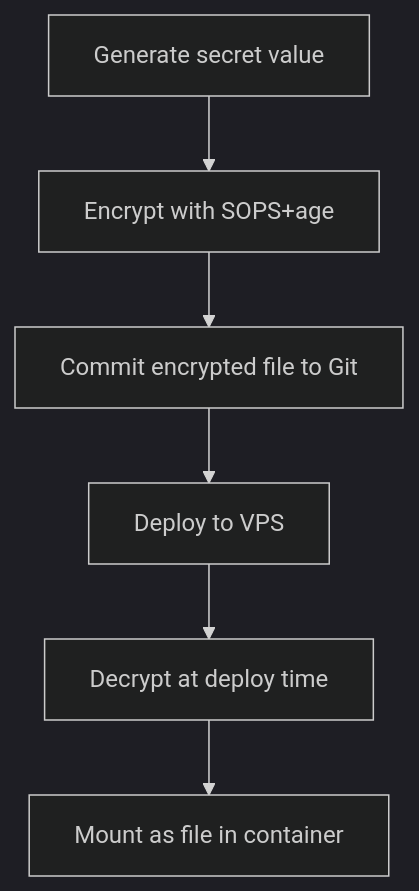
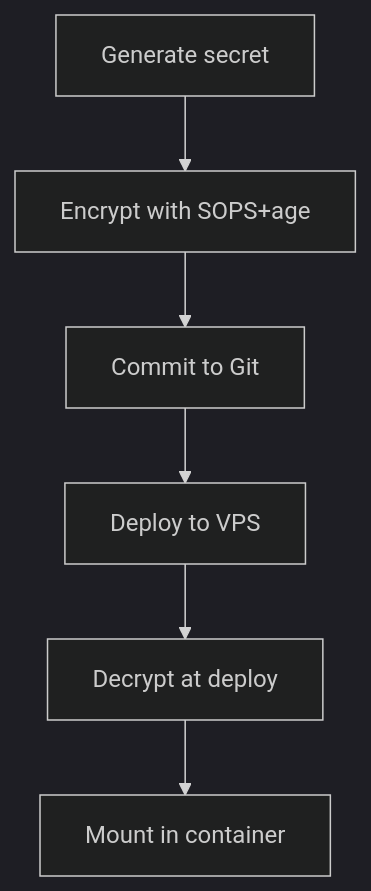
One commit to peermesh/docker-lab-docs changed the third of 3 diagrams in docs/security.md. Above: the diagram before and after it, drawn with Mermaid (dark theme). The commit also changed other lines of this file and 13 other files, not shown here.

First line of the commit message:
fix: improve diagram legibility and icon rendering

````diff
--- a/docs/security.md
+++ b/docs/security.md
@@ -472,15 +466,15 @@
 ```mermaid
 flowchart TB
-    Generate["Generate secret value"]
+    Generate["Generate secret"]
     Encrypt["Encrypt with SOPS+age"]
-    Commit["Commit encrypted file to Git"]
+    Commit["Commit to Git"]
     Deploy["Deploy to VPS"]
-    Decrypt["Decrypt at deploy time"]
-    Mount["Mount as file in container"]
+    Decrypt["Decrypt at deploy"]
+    Mount["Mount in container"]
 
     Generate --> Encrypt
     Encrypt --> Commit
     Commit --> Deploy
     Deploy --> Decrypt
     Decrypt --> Mount
 ```
````
